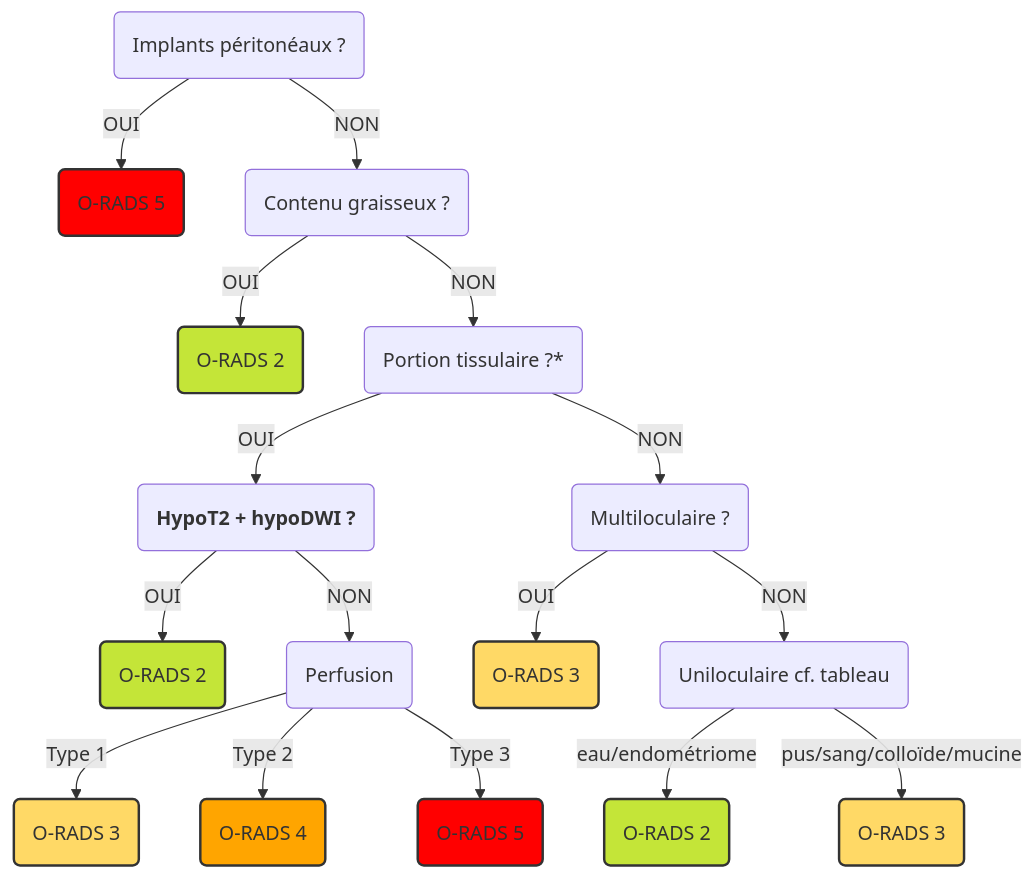
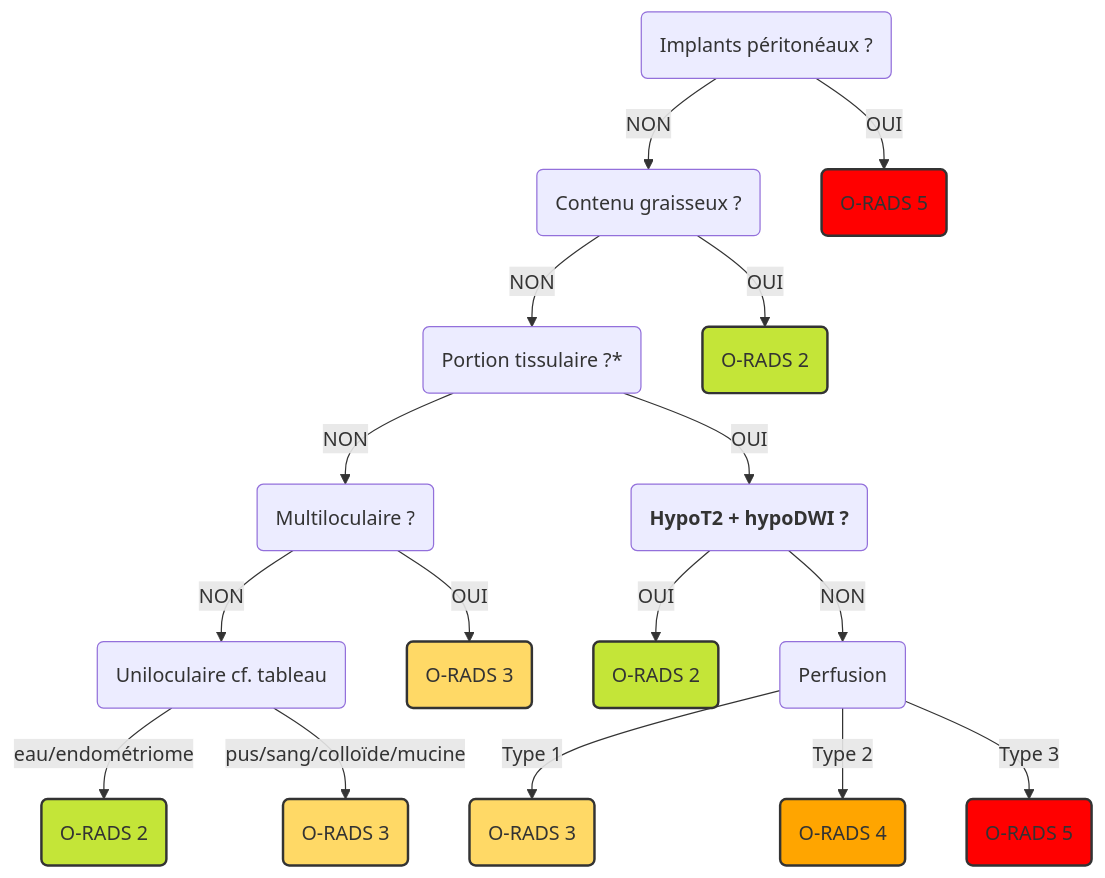
Before and after one commit to drlefevre/drlef: the first of 3 diagrams in docs/femme/ovaires.md, drawn with Mermaid. The commit also changed other lines of this file and 4 other files, not shown here.

````diff
--- a/docs/femme/ovaires.md
+++ b/docs/femme/ovaires.md
@@ -80,33 +80,33 @@
     ``` mermaid
     graph TD
-        B(Implants péritonéaux ?) -->|OUI| R5(O-RADS 5)
-        B -->|NON| C(Contenu graisseux ?)
-        
+        B(Implants péritonéaux ?) -->|NON| C(Contenu graisseux ?)
+        B -->|OUI| R5(O-RADS 5)
+
+        C -->|NON| E(Portion tissulaire ?*)
         C -->|OUI| R2a(O-RADS 2)
-        C -->|NON| E(Portion tissulaire ?*)
+
+        E -->|NON| H(Multiloculaire ?)
+        H -->|NON| I(Uniloculaire cf. tableau)
+        H -->|OUI| R3b(O-RADS 3)
         
         E -->|OUI| F(<b>HypoT2 + hypoDWI ?</b>)
         F -->|OUI| R2b(O-RADS 2)
         F -->|NON| G(Perfusion)
         
         G -->|Type 1| R3a(O-RADS 3)
         G -->|Type 2| R4(O-RADS 4)
         G -->|Type 3| R5b(O-RADS 5)
-        
-        E -->|NON| H(Multiloculaire ?)
-        H -->|OUI| R3b(O-RADS 3)
-        H -->|NON| I(Uniloculaire cf. tableau)
 
         I -->|eau/endométriome| R2c(O-RADS 2)
         I -->|pus/sang/colloïde/mucine| R3c(O-RADS 3)
 
         style R2a fill:#c4e538,stroke:#333,stroke-width:2px
         style R2b fill:#c4e538,stroke:#333,stroke-width:2px
         style R2c fill:#c4e538,stroke:#333,stroke-width:2px
         style R3a fill:#FFD966,stroke:#333,stroke-width:2px
         style R3b fill:#FFD966,stroke:#333,stroke-width:2px
         style R3c fill:#FFD966,stroke:#333,stroke-width:2px
         style R4 fill:#FFA500,stroke:#333,stroke-width:2px
         style R5 fill:#ff0000,stroke:#333,stroke-width:2px
         style R5b fill:#ff0000,stroke:#333,stroke-width:2px
     ```
````
